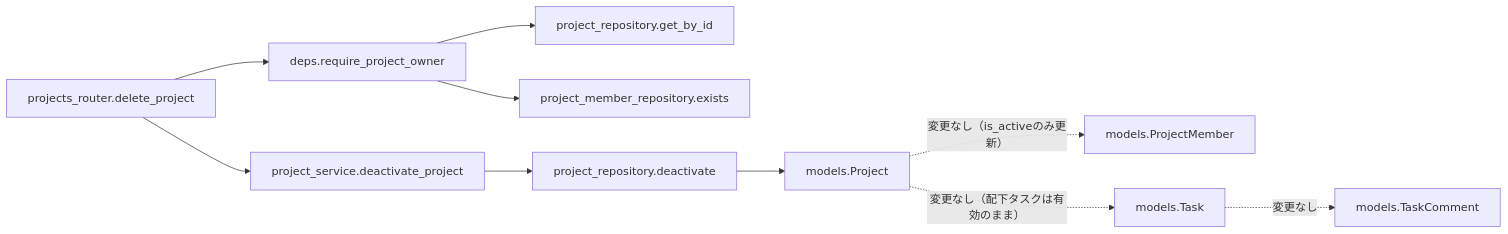
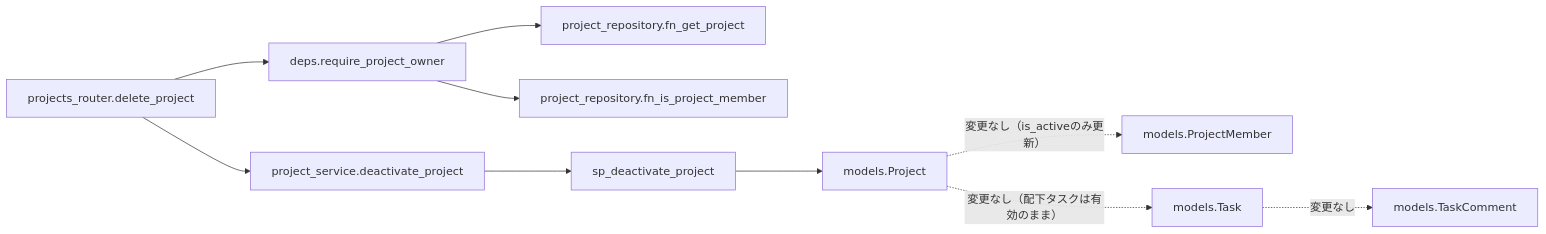
One commit to oikawa-d/task_management changed the third of 4 diagrams in detailed_design/api/projects/05_delete_project.md. Above: the diagram before and after it, drawn with Mermaid. The commit also changed other lines of this file and 58 other files, not shown here.

````diff
--- a/detailed_design/api/projects/05_delete_project.md
+++ b/detailed_design/api/projects/05_delete_project.md
@@ -147,12 +147,12 @@
 ```mermaid
 flowchart LR
     R["projects_router.delete_project"] --> D["deps.require_project_owner"]
-    D --> RP1["project_repository.get_by_id"]
-    D --> RP2["project_member_repository.exists"]
+    D --> RP1["project_repository.fn_get_project"]
+    D --> RP2["project_repository.fn_is_project_member"]
     R --> S["project_service.deactivate_project"]
-    S --> RP3["project_repository.deactivate"]
+    S --> RP3["sp_deactivate_project"]
     RP3 --> M1["models.Project"]
     M1 -.->|"変更なし（is_activeのみ更新）"| M2["models.ProjectMember"]
     M1 -.->|"変更なし（配下タスクは有効のまま）"| M3["models.Task"]
     M3 -.->|"変更なし"| M4["models.TaskComment"]
 ```
````
